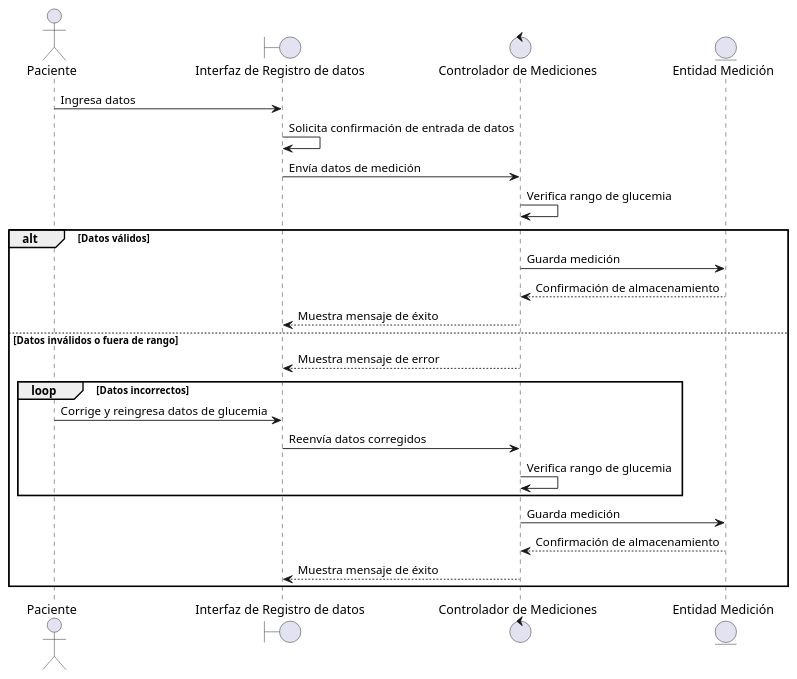
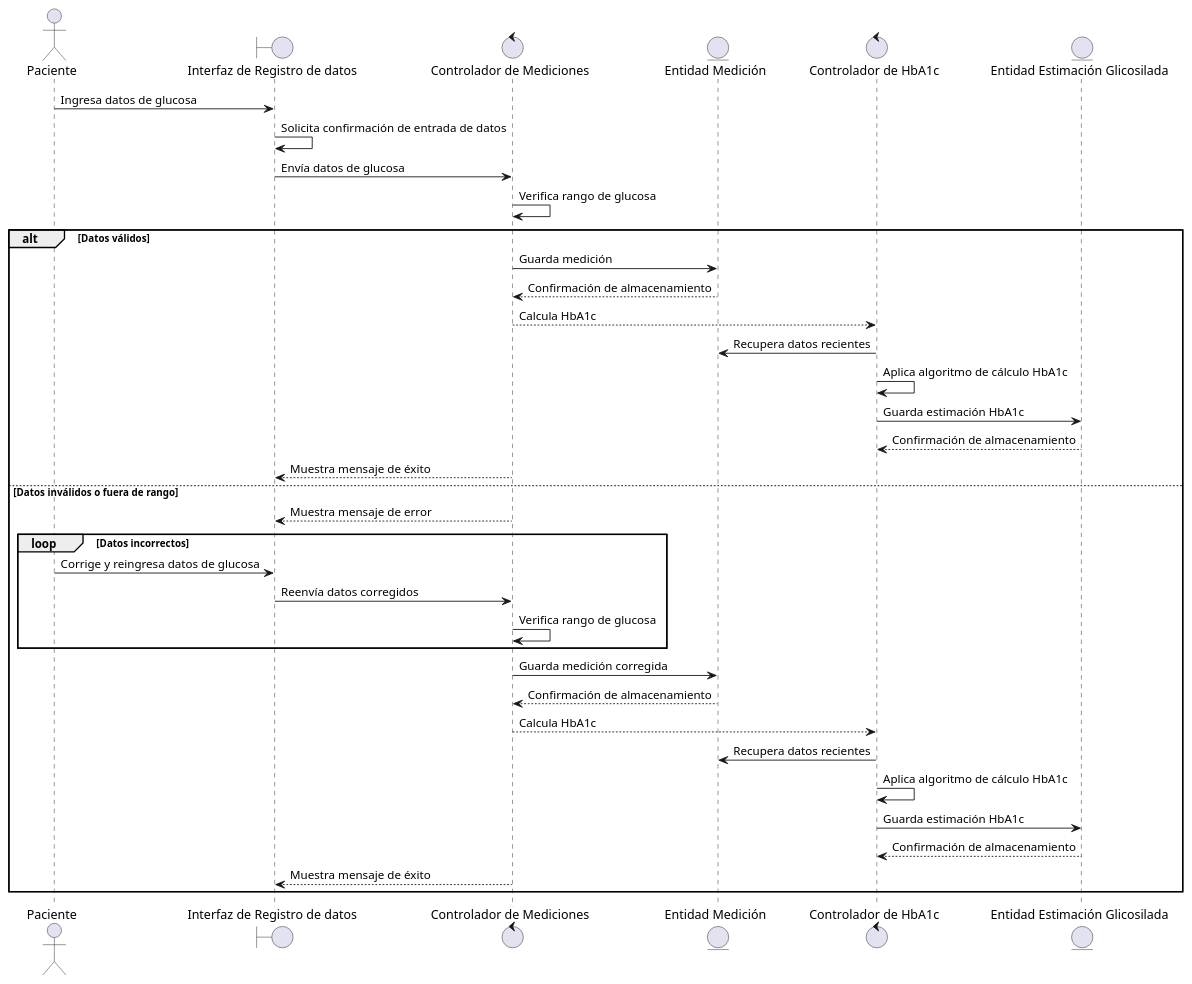
Before and after one commit to matsebas/spi-glucoforcast: the diagram in diagramas/secuencia_registrar_glucemia.plantuml, drawn with PlantUML. The commit also changed 5 other files, not shown here.

Commit message:
actualizando nuevo diagramas

```diff
--- a/diagramas/secuencia_registrar_glucemia.plantuml
+++ b/diagramas/secuencia_registrar_glucemia.plantuml
@@ -1,27 +1,38 @@
 @startuml
 actor Paciente as p
 boundary "Interfaz de Registro de datos" as fg
 control "Controlador de Mediciones" as cg
 entity "Entidad Medición" as rg
+control "Controlador de HbA1c" as hc
+entity "Entidad Estimación Glicosilada" as eg
 
-p -> fg : Ingresa datos
+p -> fg : Ingresa datos de glucosa
 fg -> fg : Solicita confirmación de entrada de datos
-fg -> cg : Envía datos de medición
-cg -> cg : Verifica rango de glucemia
-
+fg -> cg : Envía datos de glucosa
+cg -> cg : Verifica rango de glucosa
 alt Datos válidos
     cg -> rg : Guarda medición
     rg --> cg : Confirmación de almacenamiento
+    cg --> hc : Calcula HbA1c
+    hc -> rg : Recupera datos recientes
+    hc -> hc : Aplica algoritmo de cálculo HbA1c
+    hc -> eg : Guarda estimación HbA1c
+    eg --> hc : Confirmación de almacenamiento
     cg --> fg : Muestra mensaje de éxito
 else Datos inválidos o fuera de rango
     cg --> fg : Muestra mensaje de error
     loop Datos incorrectos
-        p -> fg : Corrige y reingresa datos de glucemia
+        p -> fg : Corrige y reingresa datos de glucosa
         fg -> cg : Reenvía datos corregidos
-        cg -> cg : Verifica rango de glucemia
+        cg -> cg : Verifica rango de glucosa
     end
-    cg -> rg : Guarda medición
+    cg -> rg : Guarda medición corregida
     rg --> cg : Confirmación de almacenamiento
+    cg --> hc : Calcula HbA1c
+    hc -> rg : Recupera datos recientes
+    hc -> hc : Aplica algoritmo de cálculo HbA1c
+    hc -> eg : Guarda estimación HbA1c
+    eg --> hc : Confirmación de almacenamiento
     cg --> fg : Muestra mensaje de éxito
 end
 @enduml
```
